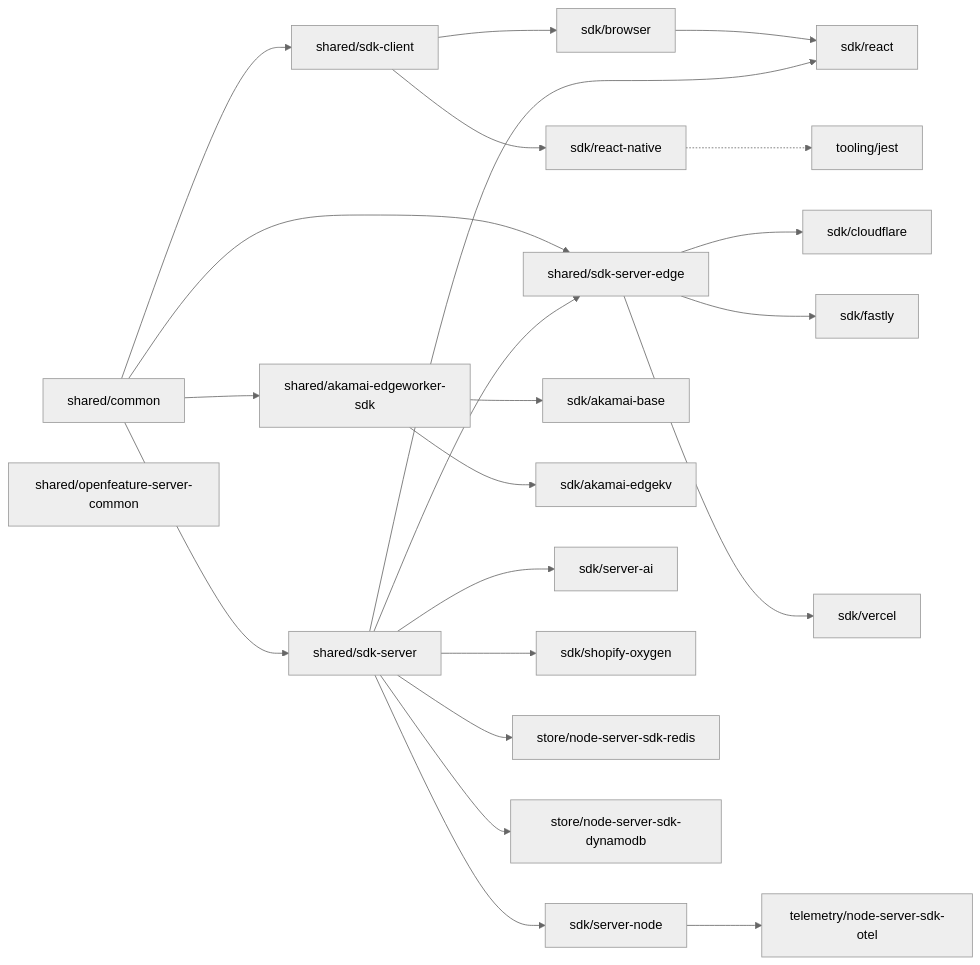
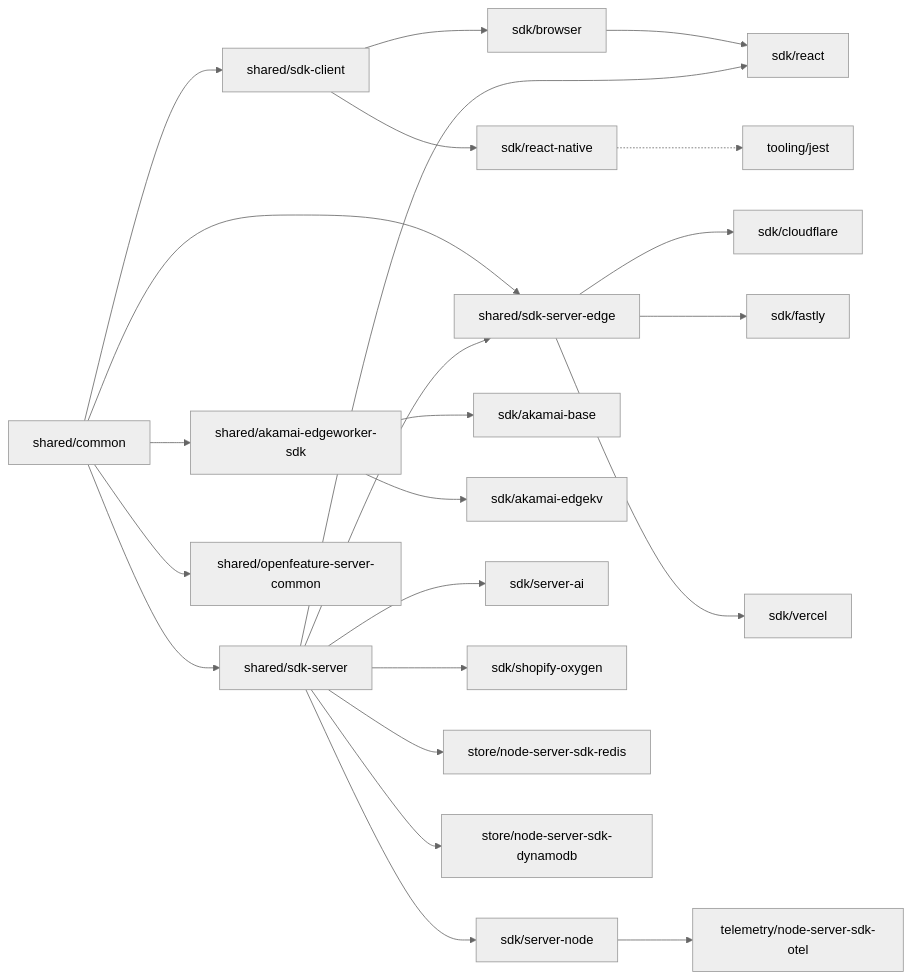
The diagram in CONTRIBUTING.md (launchdarkly/js-core), drawn with Mermaid (neutral theme) before and after one commit. The commit also changed 2 other files, not shown here.

Commit message:
chore: bot comment

````diff
--- a/CONTRIBUTING.md
+++ b/CONTRIBUTING.md
@@ -149,73 +149,74 @@
 ```mermaid
 flowchart LR
     %% Shared packages
     common[shared/common]
     sdk-client[shared/sdk-client]
     sdk-server[shared/sdk-server]
     sdk-server-edge[shared/sdk-server-edge]
     akamai-edgeworker[shared/akamai-edgeworker-sdk]
     openfeature-server-common[shared/openfeature-server-common]
 
     %% SDK packages
     server-node[sdk/server-node]
     cloudflare[sdk/cloudflare]
     fastly[sdk/fastly]
     react-native[sdk/react-native]
     browser[sdk/browser]
     vercel[sdk/vercel]
     akamai-base[sdk/akamai-base]
     akamai-edgekv[sdk/akamai-edgekv]
     server-ai[sdk/server-ai]
     react[sdk/react]
     shopify-oxygen[sdk/shopify-oxygen]
 
     %% Store packages
     redis[store/node-server-sdk-redis]
     dynamodb[store/node-server-sdk-dynamodb]
 
     %% Telemetry packages
     node-otel[telemetry/node-server-sdk-otel]
 
     %% Tooling packages
     jest[tooling/jest]
 
     %% Dependencies between shared packages
     common --> sdk-client
     common --> sdk-server
     common --> sdk-server-edge
     common --> akamai-edgeworker
+    common --> openfeature-server-common
     sdk-server --> sdk-server-edge
     
     %% Dependencies for SDK packages
     sdk-client --> browser
     sdk-client --> react-native
     browser --> react
     sdk-server --> react
     
     sdk-server --> server-node
     sdk-server --> server-ai
     sdk-server --> shopify-oxygen
     
     sdk-server-edge --> cloudflare
     sdk-server-edge --> fastly
     sdk-server-edge --> vercel
     
     akamai-edgeworker --> akamai-base
     akamai-edgeworker --> akamai-edgekv
     
     %% Dependencies for store packages
     sdk-server --> redis
     sdk-server --> dynamodb
     
     %% Dependencies for telemetry packages
     server-node --> node-otel
     
     %% Dependencies for tooling packages
     react-native -.-> jest
     
     class common,sdk-client,sdk-server,sdk-server-edge,akamai-edgeworker,openfeature-server-common shared
     class server-node,cloudflare,fastly,react-native,browser,vercel,akamai-base,akamai-edgekv,server-ai,react,shopify-oxygen sdk
     class redis,dynamodb store
     class node-otel telemetry
     class jest tooling
 ```
````
